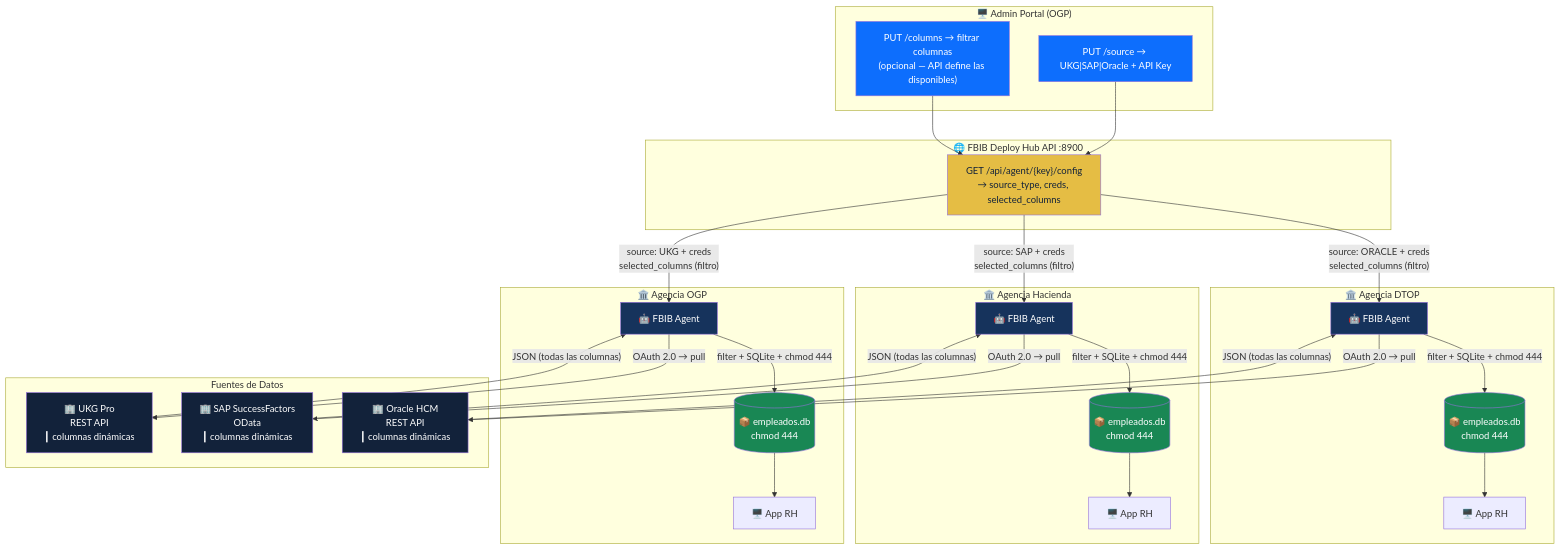
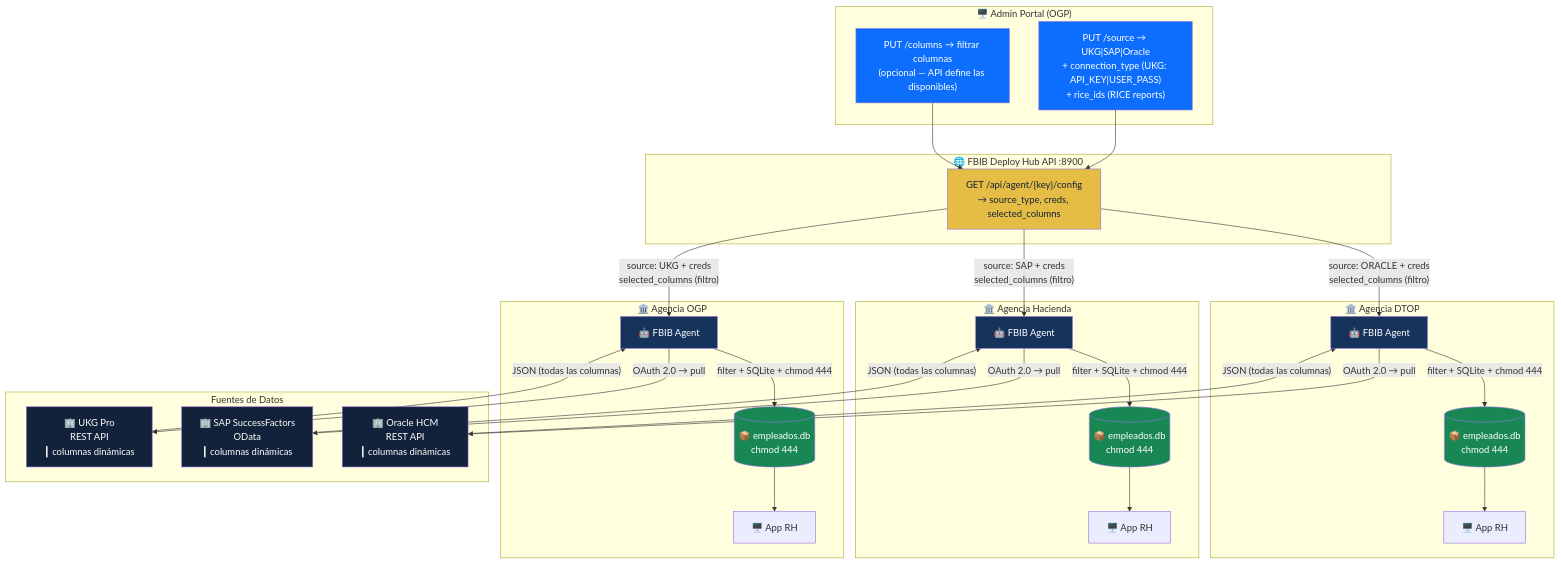
Before and after one commit to jcollazo/asi-deploy-hub: the first of 9 diagrams in docs/ARCHITECTURE_MERMAID.md, drawn with Mermaid. The commit also changed other lines of this file and 5 other files, not shown here.

First line of the commit message:
feat: UKG dual mode — API Key (RICE reports) vs Username/Password (OAuth2)

````diff
--- a/docs/ARCHITECTURE_MERMAID.md
+++ b/docs/ARCHITECTURE_MERMAID.md
@@ -7,70 +7,70 @@
 ```mermaid
 graph TB
     subgraph Portal["🖥️ Admin Portal (OGP)"]
-        SRC["PUT /source → UKG|SAP|Oracle + API Key"]
+        SRC["PUT /source → UKG|SAP|Oracle<br/>+ connection_type (UKG: API_KEY|USER_PASS)<br/>+ rice_ids (RICE reports)"]
         COL["PUT /columns → filtrar columnas<br/>(opcional — API define las disponibles)"]
     end
 
     subgraph Hub["🌐 FBIB Deploy Hub API :8900"]
         CONFIG["GET /api/agent/{key}/config<br/>→ source_type, creds, selected_columns"]
     end
 
     subgraph Agencia1["🏛️ Agencia OGP"]
         AG1["🤖 FBIB Agent"]
         SQL1[("📦 empleados.db<br/>chmod 444")]
         APP1["🖥️ App RH"]
     end
 
     subgraph Agencia2["🏛️ Agencia Hacienda"]
         AG2["🤖 FBIB Agent"]
         SQL2[("📦 empleados.db<br/>chmod 444")]
         APP2["🖥️ App RH"]
     end
 
     subgraph Agencia3["🏛️ Agencia DTOP"]
         AG3["🤖 FBIB Agent"]
         SQL3[("📦 empleados.db<br/>chmod 444")]
         APP3["🖥️ App RH"]
     end
 
     subgraph Sources["Fuentes de Datos"]
         UKG["🏢 UKG Pro<br/>REST API<br/>┃ columnas dinámicas"]
         SAP["🏢 SAP SuccessFactors<br/>OData<br/>┃ columnas dinámicas"]
         ORACLE["🏢 Oracle HCM<br/>REST API<br/>┃ columnas dinámicas"]
     end
 
     SRC --> CONFIG
     COL --> CONFIG
     CONFIG -->|"source: UKG + creds<br/>selected_columns (filtro)"| AG1
     CONFIG -->|"source: SAP + creds<br/>selected_columns (filtro)"| AG2
     CONFIG -->|"source: ORACLE + creds<br/>selected_columns (filtro)"| AG3
 
     AG1 -->|"OAuth 2.0 → pull"| UKG
     AG2 -->|"OAuth 2.0 → pull"| SAP
     AG3 -->|"OAuth 2.0 → pull"| ORACLE
 
     UKG -->|"JSON (todas las columnas)"| AG1
     SAP -->|"JSON (todas las columnas)"| AG2
     ORACLE -->|"JSON (todas las columnas)"| AG3
 
     AG1 -->|"filter + SQLite + chmod 444"| SQL1
     AG2 -->|"filter + SQLite + chmod 444"| SQL2
     AG3 -->|"filter + SQLite + chmod 444"| SQL3
 
     SQL1 --> APP1
     SQL2 --> APP2
     SQL3 --> APP3
 
     style SRC fill:#0D6EFD,color:#fff
     style COL fill:#0D6EFD,color:#fff
     style CONFIG fill:#E5BD44,color:#12223A
     style UKG fill:#12223A,color:#fff
     style SAP fill:#12223A,color:#fff
     style ORACLE fill:#12223A,color:#fff
     style AG1 fill:#16335C,color:#fff
     style AG2 fill:#16335C,color:#fff
     style AG3 fill:#16335C,color:#fff
     style SQL1 fill:#198754,color:#fff
     style SQL2 fill:#198754,color:#fff
     style SQL3 fill:#198754,color:#fff
 ```
````
